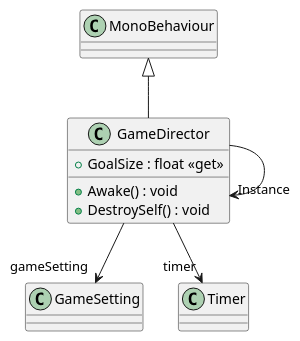
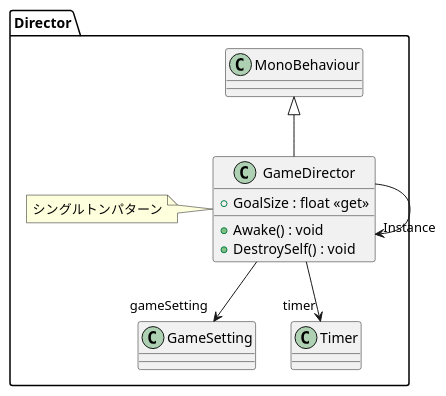
One commit to MainCastle1212/EverythingEater changed the diagram in plantuml/GameDirector.puml. Above: the diagram before and after it, drawn with PlantUML. The commit also changed 18 other files, not shown here.

```diff
--- a/plantuml/GameDirector.puml
+++ b/plantuml/GameDirector.puml
@@ -1,11 +1,14 @@
 @startuml
+namespace Director{
 class GameDirector {
     + GoalSize : float <<get>>
     + Awake() : void
     + DestroySelf() : void
 }
 MonoBehaviour <|-- GameDirector
 GameDirector --> "gameSetting" GameSetting
 GameDirector --> "timer" Timer
 GameDirector --> "Instance" GameDirector
+note left of GameDirector : シングルトンパターン
+}
 @enduml
```
